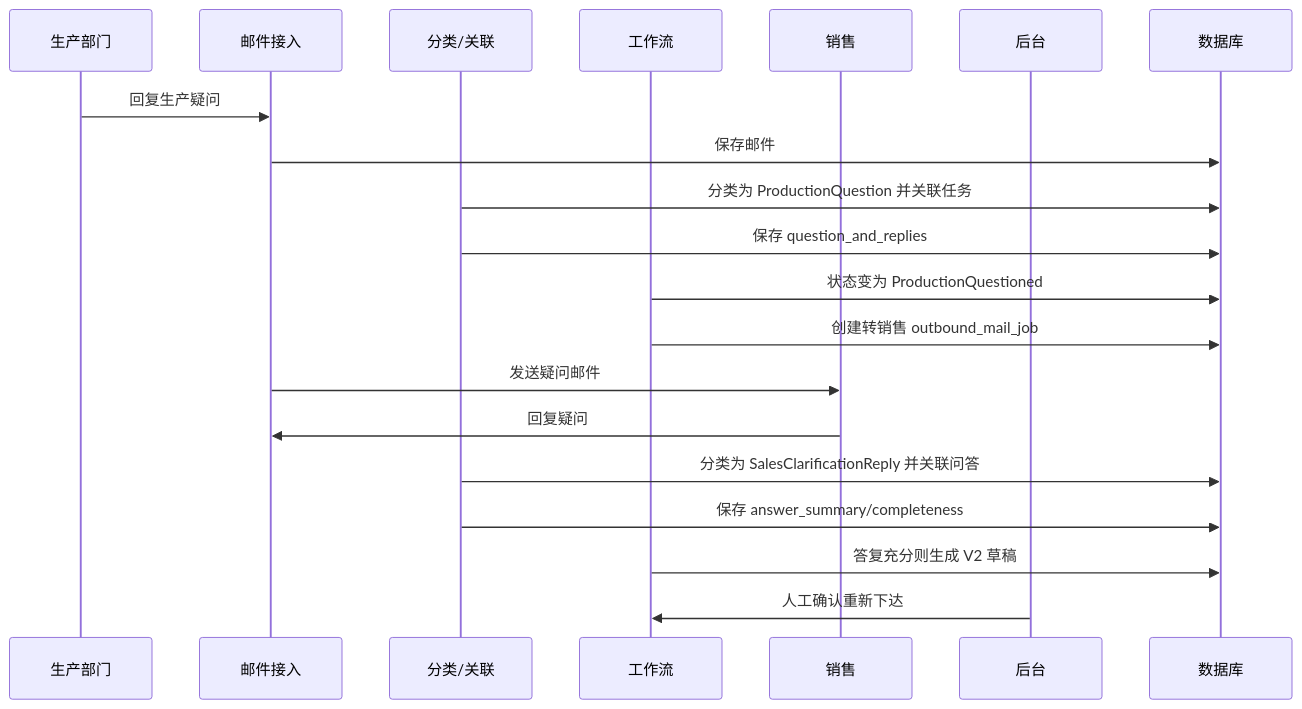
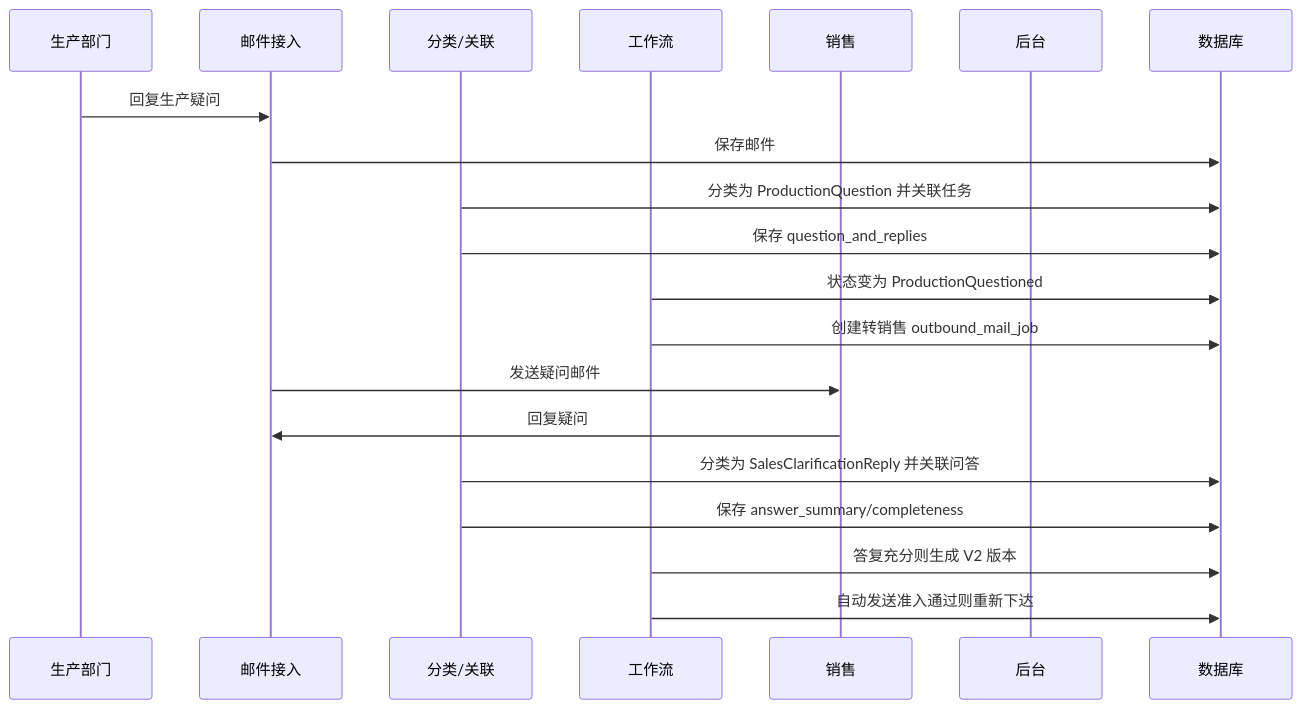
The fourth of 4 diagrams in docs/database-workflow-design.md (kaimw/jm-sp-bot), drawn with Mermaid before and after one commit. The commit also changed other lines of this file and 16 other files, not shown here.

````diff
--- a/docs/database-workflow-design.md
+++ b/docs/database-workflow-design.md
@@ -1050,23 +1054,23 @@
 ```mermaid
 sequenceDiagram
     participant Prod as 生产部门
     participant Gateway as 邮件接入
     participant AI as 分类/关联
     participant WF as 工作流
     participant Sales as 销售
     participant Admin as 后台
     participant DB as 数据库
 
     Prod->>Gateway: 回复生产疑问
     Gateway->>DB: 保存邮件
     AI->>DB: 分类为 ProductionQuestion 并关联任务
     AI->>DB: 保存 question_and_replies
     WF->>DB: 状态变为 ProductionQuestioned
     WF->>DB: 创建转销售 outbound_mail_job
     Gateway->>Sales: 发送疑问邮件
     Sales->>Gateway: 回复疑问
     AI->>DB: 分类为 SalesClarificationReply 并关联问答
     AI->>DB: 保存 answer_summary/completeness
-    WF->>DB: 答复充分则生成 V2 草稿
-    Admin->>WF: 人工确认重新下达
+    WF->>DB: 答复充分则生成 V2 版本
+    WF->>DB: 自动发送准入通过则重新下达
 ```
````
